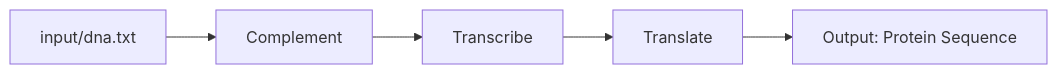
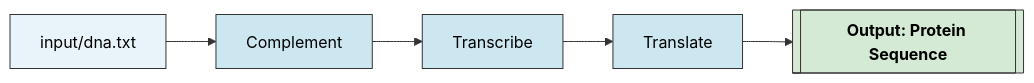
The diagram in README.md (gpattarone/Automatizacion_escalabilidad_UnLu), drawn with Mermaid before and after one commit. The commit also changed other lines of this file, not shown here.

`````diff
--- a/README.md
+++ b/README.md
@@ -42,7 +42,15 @@
 ```mermaid
 flowchart LR
-    A[input/dna.txt] --> B[Complement]
+    A[input/dna.txt]:::file --> B[Complement]
     B --> C[Transcribe]
     C --> D[Translate]
-    D --> E[Output: Protein Sequence]
+    D --> E[[Output: Protein Sequence]]
+
+    classDef file fill:#e8f4fa,stroke:#333,stroke-width:1px,color:#000;
+    classDef process fill:#cde7f0,stroke:#333,stroke-width:1px,color:#000;
+    classDef output fill:#d5ead5,stroke:#333,stroke-width:1px,color:#000,font-weight:bold;
+
+    class A file;
+    class B,C,D process;
+    class E output;
 ````
`````
